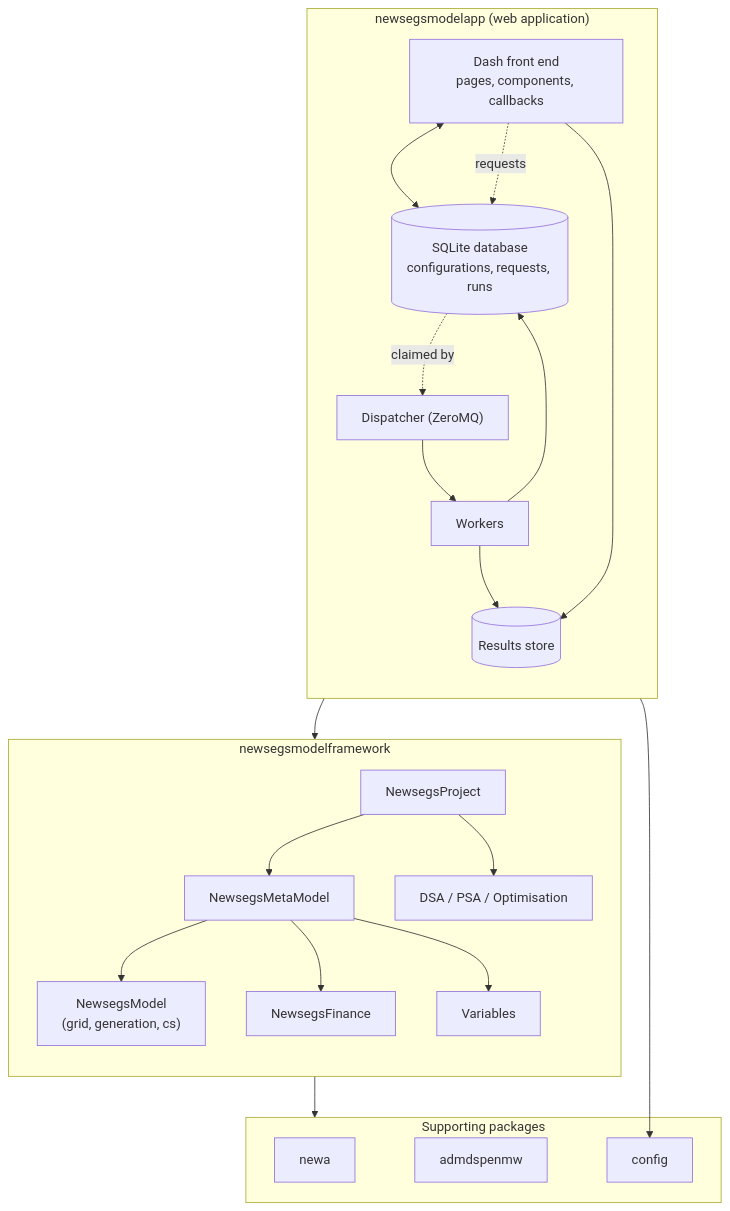
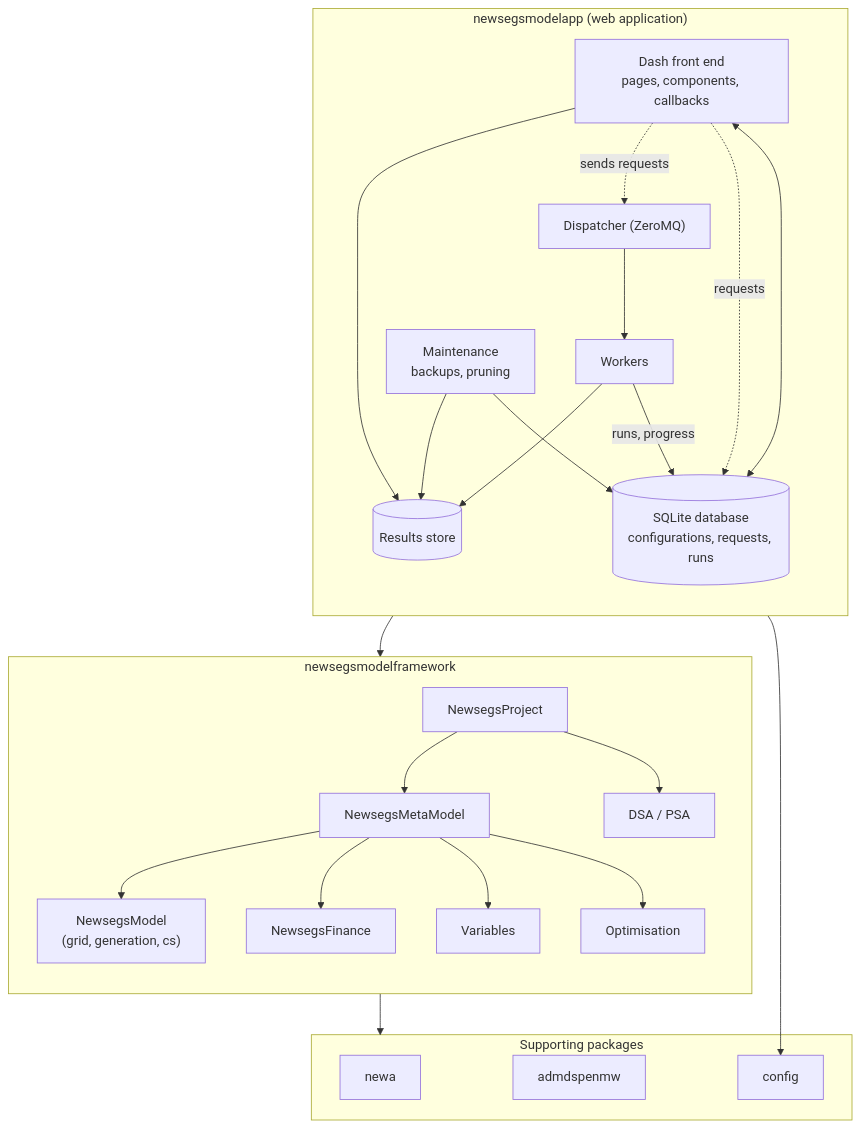
One commit to robyoung88/ca-wu-newsegs-model changed the diagram in docs/architecture.md. Above: the diagram before and after it, drawn with Mermaid. The commit also changed other lines of this file and 2 other files, not shown here.

First paragraph of the commit message:
docs: 84 bring the database and architecture diagrams up to date (#163)
Closes #84

````diff
--- a/docs/architecture.md
+++ b/docs/architecture.md
@@ -3,34 +3,38 @@
 ```mermaid
 flowchart TB
     subgraph app["newsegsmodelapp (web application)"]
         direction TB
         ui["Dash front end<br/>pages, components, callbacks"]
         db[("SQLite database<br/>configurations, requests, runs")]
         disp["Dispatcher (ZeroMQ)"]
         wrk["Workers"]
         store[("Results store")]
+        maint["Maintenance<br/>backups, pruning"]
         ui <--> db
         ui -. "requests" .-> db
-        db -. "claimed by" .-> disp
+        ui -. "sends requests" .-> disp
         disp --> wrk
+        wrk -- "runs, progress" --> db
         wrk --> store
-        wrk --> db
         ui --> store
+        maint --> db
+        maint --> store
     end
     subgraph fw["newsegsmodelframework"]
         direction TB
         proj["NewsegsProject"] --> mm["NewsegsMetaModel"]
         mm --> em["NewsegsModel<br/>(grid, generation, cs)"]
         mm --> fm["NewsegsFinance"]
         mm --> vars["Variables"]
-        proj --> sens["DSA / PSA / Optimisation"]
+        mm --> optim["Optimisation"]
+        proj --> sens["DSA / PSA"]
     end
     subgraph support["Supporting packages"]
         newa["newa"]
         admd["admdspenmw"]
         cfg["config"]
     end
     app --> fw
     fw --> support
     app --> cfg
 ```
````
